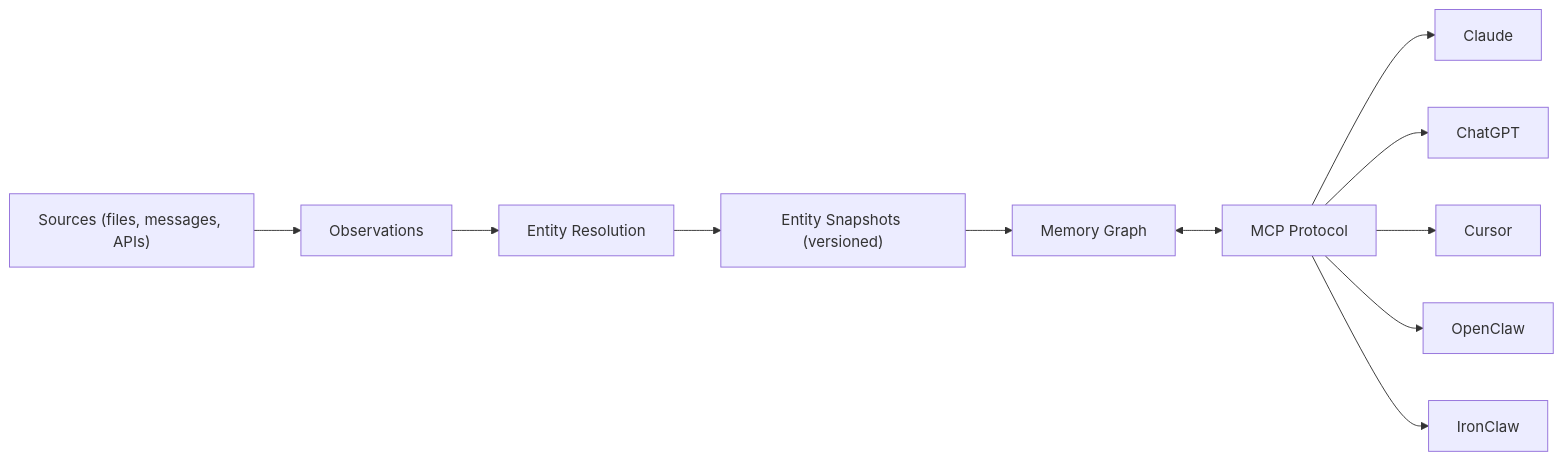
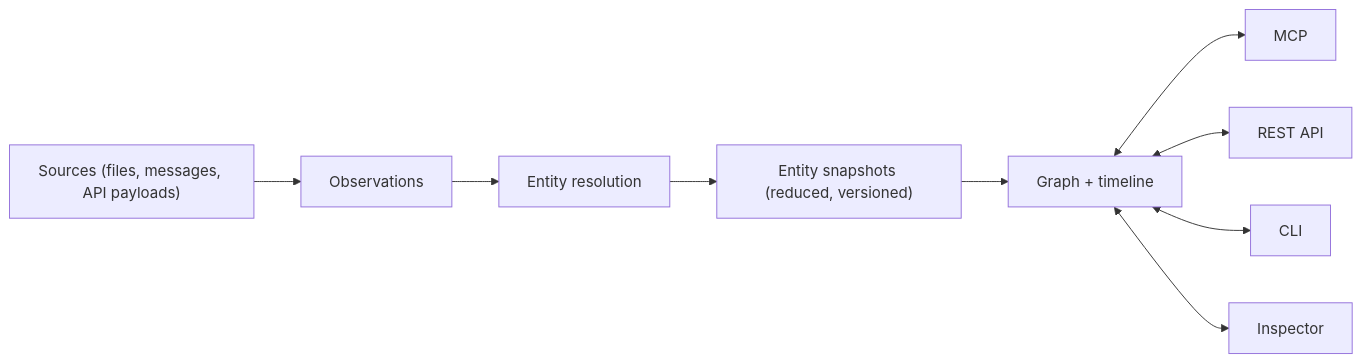
The diagram in README.md (markmhendrickson/neotoma), drawn with Mermaid before and after one commit. The commit also changed other lines of this file and 32 other files, not shown here.

````diff
--- a/README.md
+++ b/README.md
@@ -30,13 +21,11 @@
 ```mermaid
 graph LR
-  Sources["Sources (files, messages, APIs)"] --> Obs[Observations]
-  Obs --> Entities[Entity Resolution]
-  Entities --> Snapshots["Entity Snapshots (versioned)"]
-  Snapshots --> Graph[Memory Graph]
-  Graph <--> MCP[MCP Protocol]
-  MCP --> Claude
-  MCP --> ChatGPT
-  MCP --> Cursor
-  MCP --> OpenClaw
-  MCP --> IronClaw
+  Sources["Sources (files, messages, API payloads)"] --> Obs[Observations]
+  Obs --> Res[Entity resolution]
+  Res --> Snap["Entity snapshots (reduced, versioned)"]
+  Snap --> Graph["Graph + timeline"]
+  Graph <--> MCP[MCP]
+  Graph <--> REST[REST API]
+  Graph <--> CLI[CLI]
+  Graph <--> Inspector[Inspector]
 ```
````
